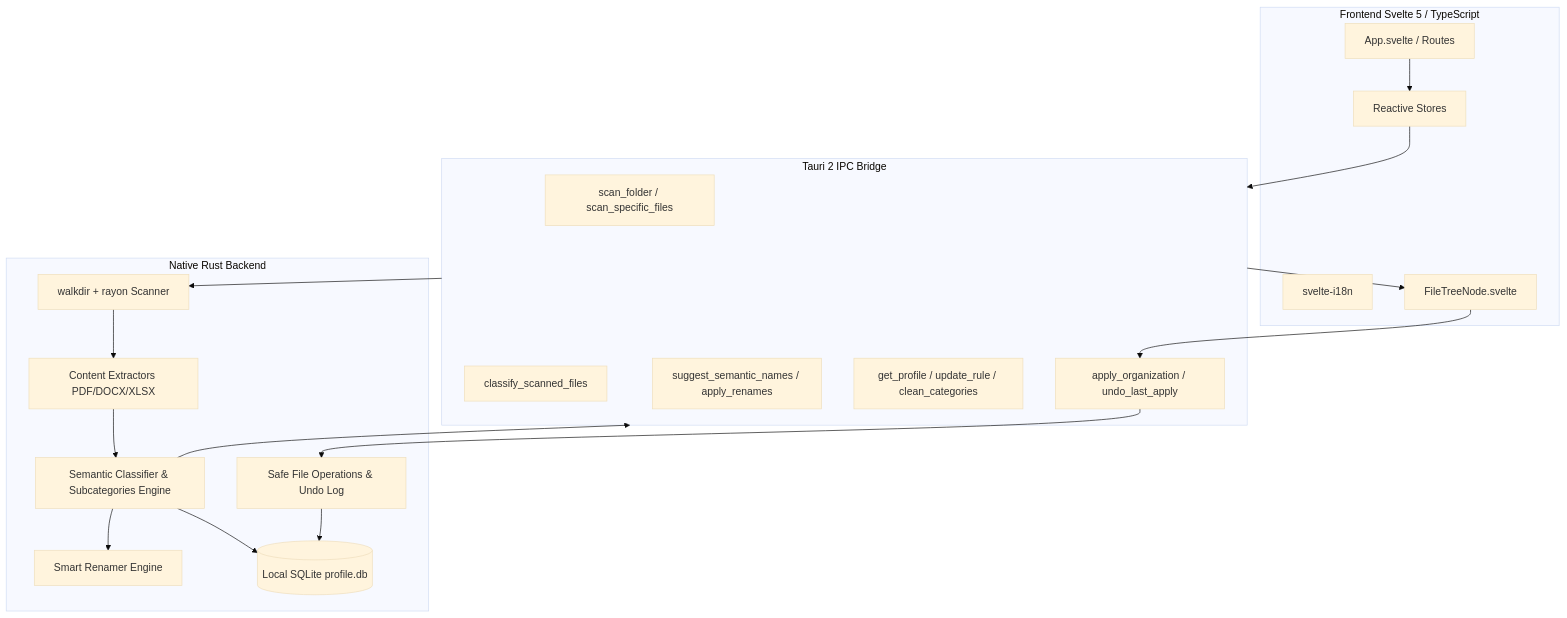
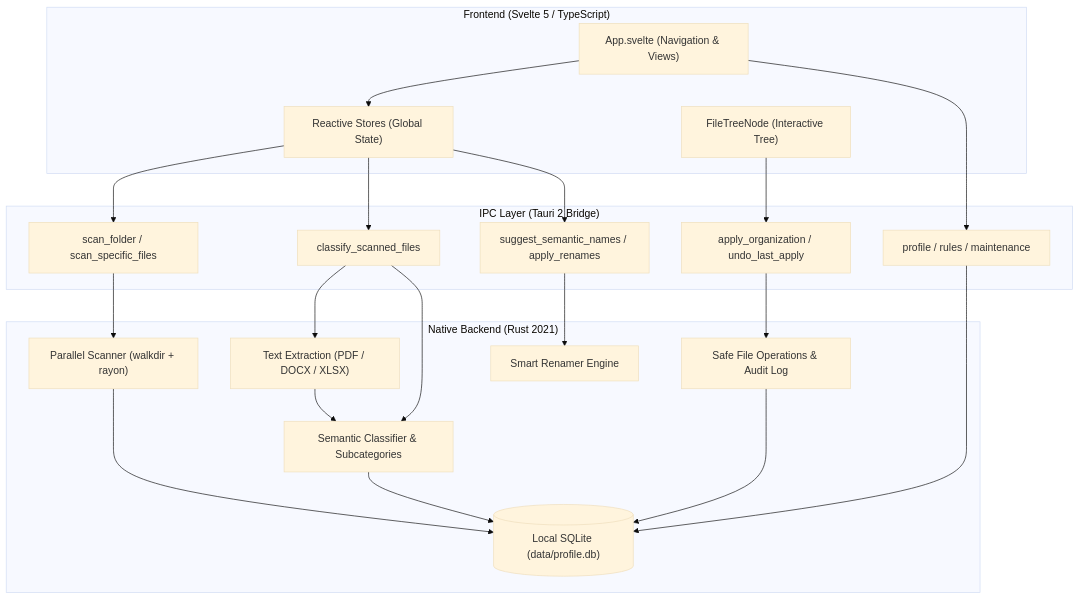
Before and after one commit to pongitV/Indexo: the second of 2 diagrams in README_EN.md, drawn with Mermaid (base theme). The commit also changed other lines of this file and 1 other file, not shown here.

Commit message:
fix(docs): refaz sintaxe dos diagramas Mermaid para total compatibilidade com renderizadores markdown

````diff
--- a/README_EN.md
+++ b/README_EN.md
@@ -112,39 +112,44 @@
 ```mermaid
-graph TD
-    subgraph Frontend [Frontend Svelte 5 / TypeScript]
-        UI[App.svelte / Routes]
-        ST[Reactive Stores]
-        I18N[svelte-i18n]
-        TREE[FileTreeNode.svelte]
+flowchart TB
+    subgraph FE ["Frontend (Svelte 5 / TypeScript)"]
+        UI["App.svelte (Navigation & Views)"]
+        ST["Reactive Stores (Global State)"]
+        TREE["FileTreeNode (Interactive Tree)"]
     end
 
-    subgraph IPC [Tauri 2 IPC Bridge]
-        CMD_SCAN[scan_folder / scan_specific_files]
-        CMD_CLASS[classify_scanned_files]
-        CMD_APPLY[apply_organization / undo_last_apply]
-        CMD_RENAME[suggest_semantic_names / apply_renames]
-        CMD_PROF[get_profile / update_rule / clean_categories]
+    subgraph IPC ["IPC Layer (Tauri 2 Bridge)"]
+        CMD_SCAN["scan_folder / scan_specific_files"]
+        CMD_CLASS["classify_scanned_files"]
+        CMD_APPLY["apply_organization / undo_last_apply"]
+        CMD_RENAME["suggest_semantic_names / apply_renames"]
+        CMD_PROF["profile / rules / maintenance"]
     end
 
-    subgraph Backend [Native Rust Backend]
-        SCANNER[walkdir + rayon Scanner]
-        EXTRACT[Content Extractors PDF/DOCX/XLSX]
-        ENGINE[Semantic Classifier & Subcategories Engine]
-        RENAMER[Smart Renamer Engine]
-        MOVER[Safe File Operations & Undo Log]
-        DB[(Local SQLite profile.db)]
+    subgraph BE ["Native Backend (Rust 2021)"]
+        SCANNER["Parallel Scanner (walkdir + rayon)"]
+        EXTRACT["Text Extraction (PDF / DOCX / XLSX)"]
+        ENGINE["Semantic Classifier & Subcategories"]
+        RENAMER["Smart Renamer Engine"]
+        MOVER["Safe File Operations & Audit Log"]
+        DB[("Local SQLite (data/profile.db)")]
     end
 
     UI --> ST
-    ST --> IPC
-    IPC --> SCANNER
-    SCANNER --> EXTRACT
+    ST --> CMD_SCAN
+    ST --> CMD_CLASS
+    ST --> CMD_RENAME
+    TREE --> CMD_APPLY
+    UI --> CMD_PROF
+
+    CMD_SCAN --> SCANNER
+    CMD_CLASS --> EXTRACT
     EXTRACT --> ENGINE
-    ENGINE --> RENAMER
+    CMD_CLASS --> ENGINE
+    CMD_RENAME --> RENAMER
+    CMD_APPLY --> MOVER
+    CMD_PROF --> DB
+
     ENGINE --> DB
-    ENGINE --> IPC
-    IPC --> TREE
-    TREE --> CMD_APPLY
-    CMD_APPLY --> MOVER
     MOVER --> DB
+    SCANNER --> DB
 ```
````
